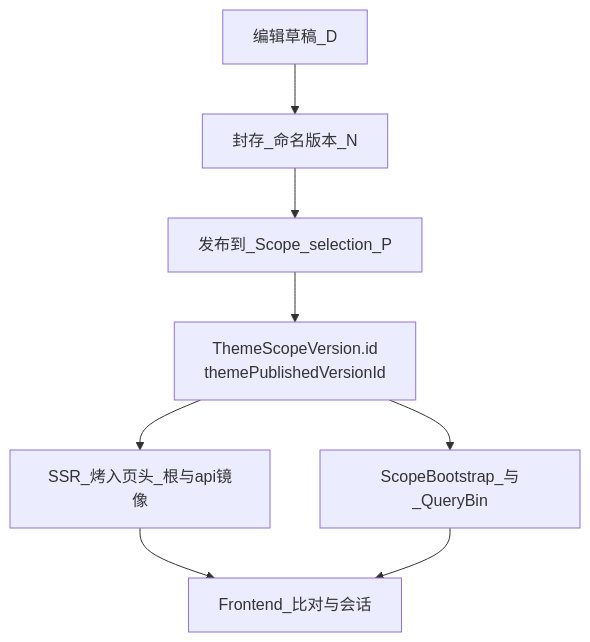
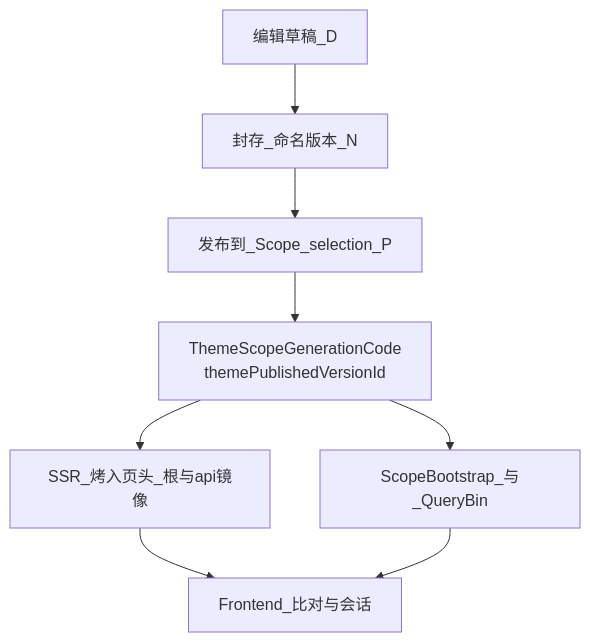
Before and after one commit to Aiweline/WelineFramework: the diagram in app/code/Weline/Theme/doc/架构/主题开发与店面世代.md, drawn with Mermaid. The commit also changed other lines of this file and 149 other files, not shown here.

````diff
--- a/app/code/Weline/Theme/doc/架构/主题开发与店面世代.md
+++ b/app/code/Weline/Theme/doc/架构/主题开发与店面世代.md
@@ -23,10 +23,10 @@
 ```mermaid
 flowchart TB
   edit[编辑草稿_D] --> seal[封存_命名版本_N]
   seal --> publish[发布到_Scope_selection_P]
-  publish --> id["ThemeScopeVersion.id\nthemePublishedVersionId"]
+  publish --> id["ThemeScopeGenerationCode\nthemePublishedVersionId"]
   id --> html[SSR_烤入页头_根与api镜像]
   id --> api[ScopeBootstrap_与_QueryBin]
   html --> fe[Frontend_比对与会话]
   api --> fe
 ```
````
